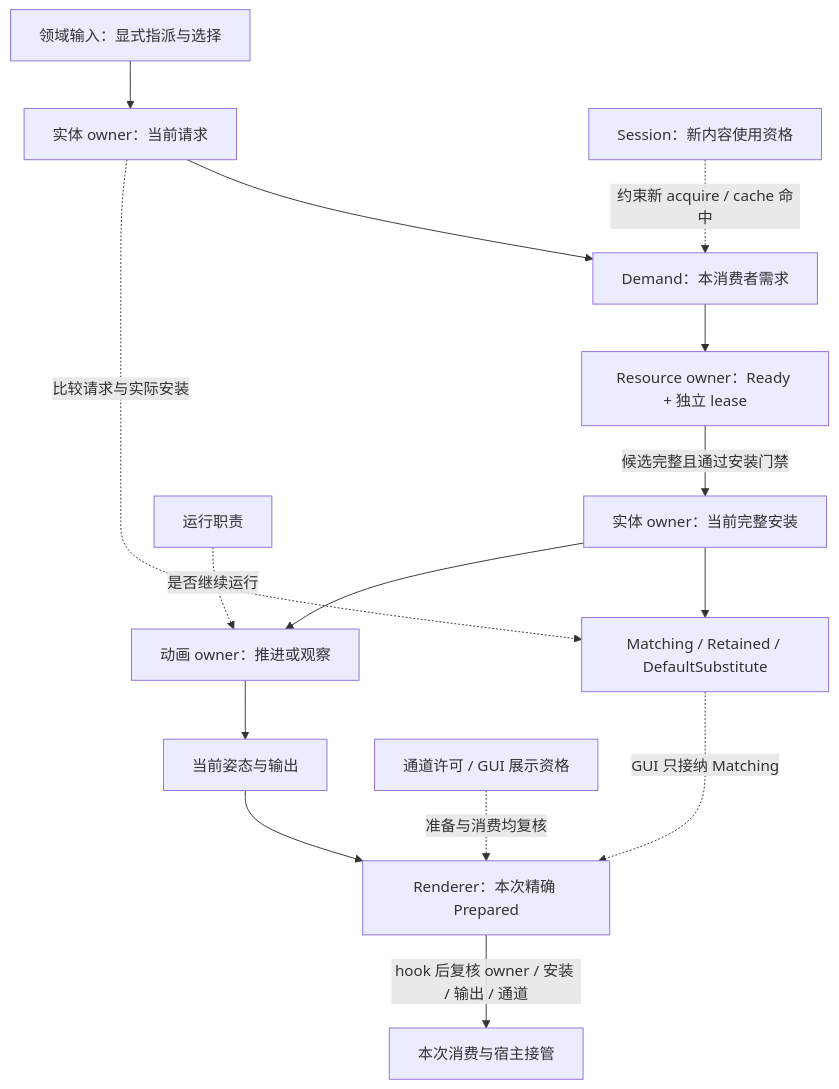
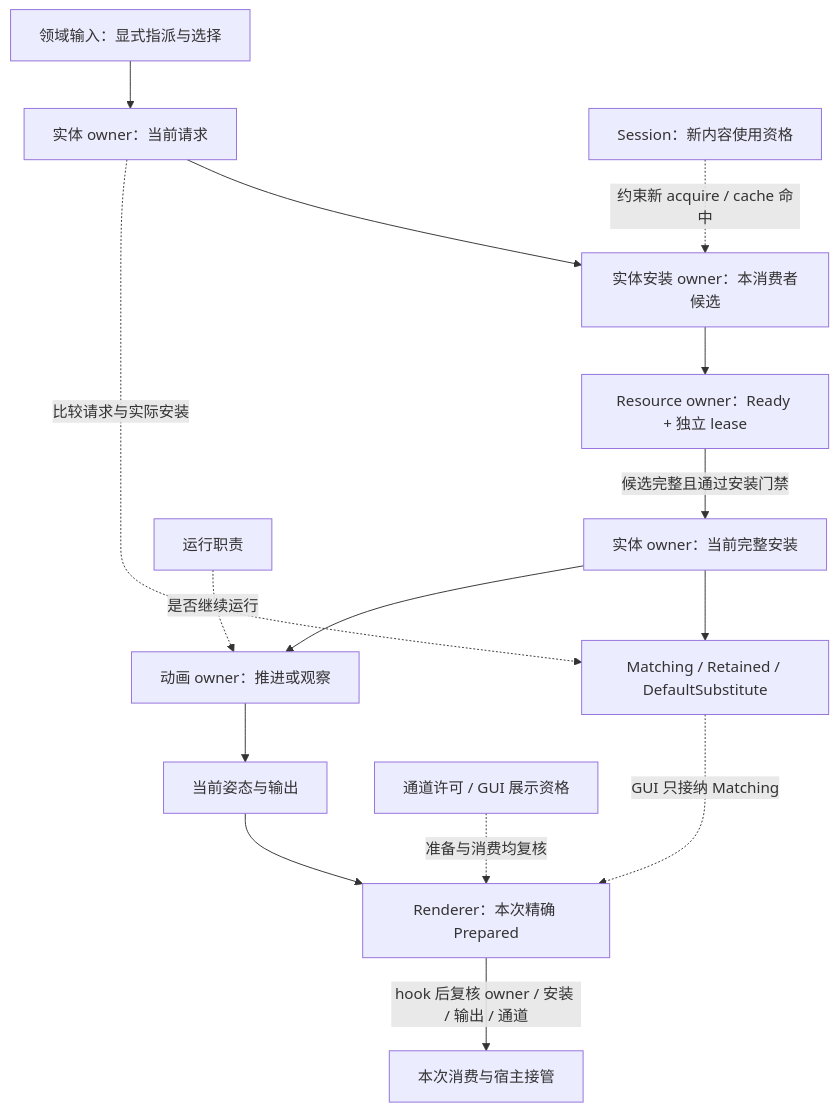
Before and after one commit to YesSteveModel/YesSteveModel: the diagram in docs/architecture/views/entity-presentation-state.md, drawn with Mermaid. The commit also changed other lines of this file and 1109 other files, not shown here.

````diff
--- a/docs/architecture/views/entity-presentation-state.md
+++ b/docs/architecture/views/entity-presentation-state.md
@@ -9,17 +9,17 @@
 ```mermaid
 flowchart TB
     Authority["领域输入：显式指派与选择"] --> Request["实体 owner：当前请求"]
-    Request --> Demand["Demand：本消费者需求"]
+    Request --> Demand["实体安装 owner：本消费者候选"]
     Eligibility["Session：新内容使用资格"] -. "约束新 acquire / cache 命中" .-> Demand
     Demand --> Ready["Resource owner：Ready + 独立 lease"]
     Ready -->|候选完整且通过安装门禁| Installation["实体 owner：当前完整安装"]
     Request -. "比较请求与实际安装" .-> Relation["Matching / Retained / DefaultSubstitute"]
     Installation --> Relation
     Installation --> Evaluation["动画 owner：推进或观察"]
     Role["运行职责"] -. "是否继续运行" .-> Evaluation
     Evaluation --> Pose["当前姿态与输出"]
     Pose --> Prepared["Renderer：本次精确 Prepared"]
     Permission["通道许可 / GUI 展示资格"] -. "准备与消费均复核" .-> Prepared
     Relation -. "GUI 只接纳 Matching" .-> Prepared
     Prepared -->|hook 后复核 owner / 安装 / 输出 / 通道| Consume["本次消费与宿主接管"]
 ```
````
